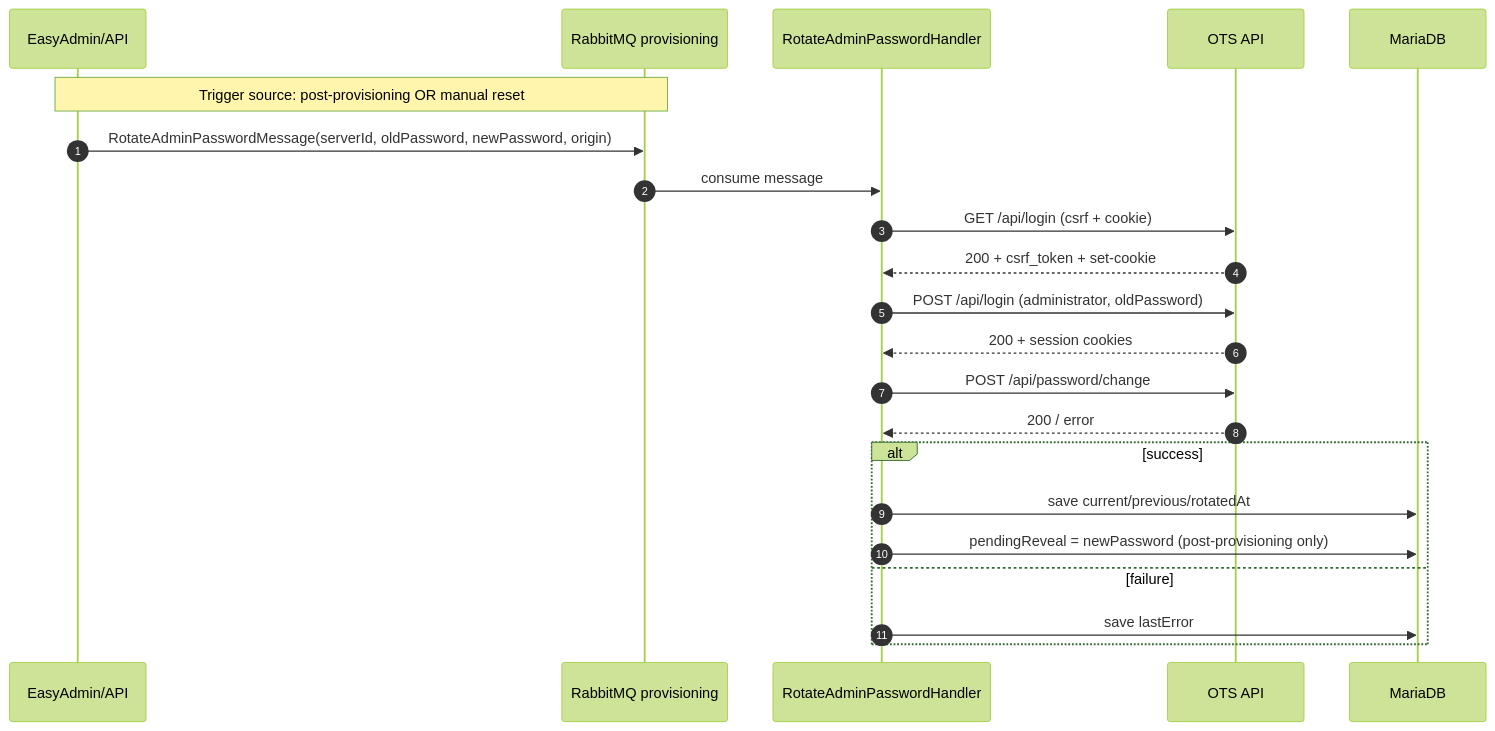
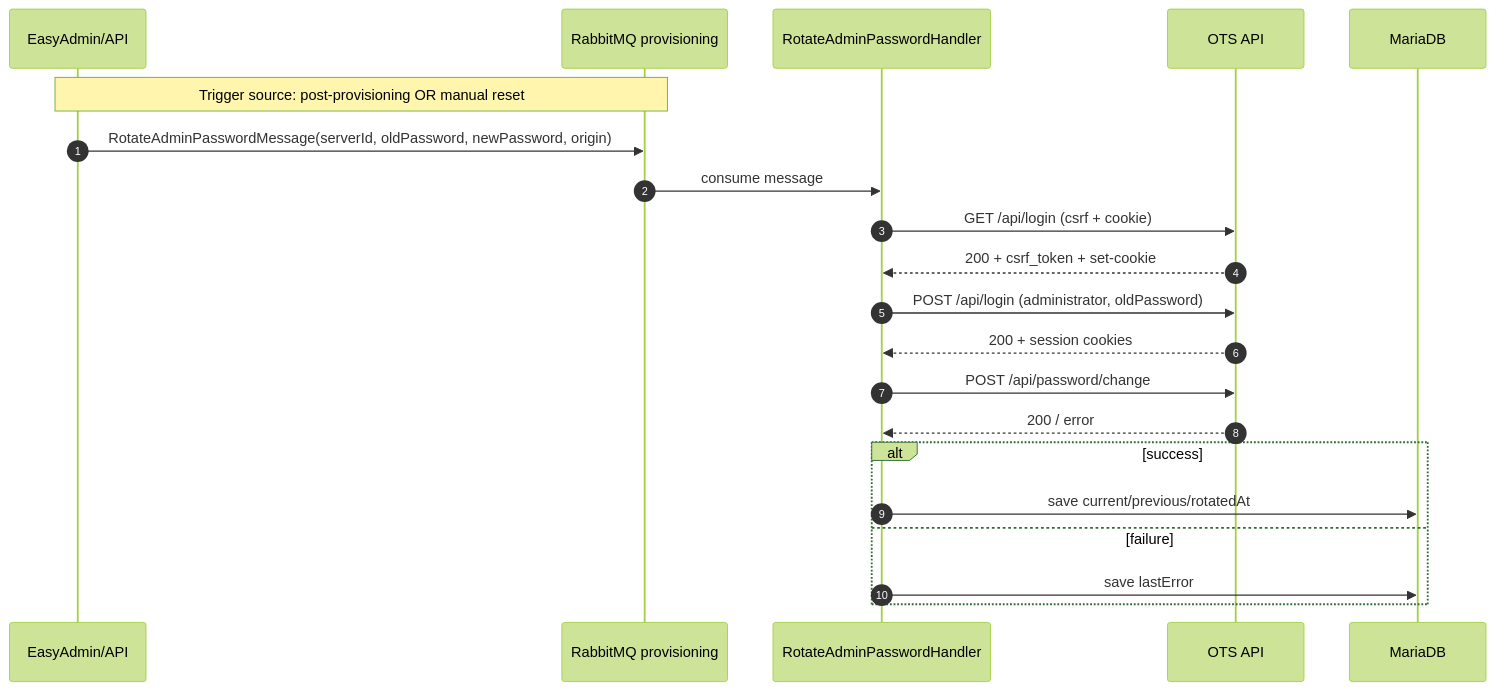
One commit to uirapuru/infratak_panel changed the diagram in docs/ai-current-state.md. Above: the diagram before and after it, drawn with Mermaid (forest theme). The commit also changed other lines of this file and 56 other files, not shown here.

````diff
--- a/docs/ai-current-state.md
+++ b/docs/ai-current-state.md
@@ -272,25 +324,24 @@
 ```mermaid
 sequenceDiagram
     autonumber
     participant EA as EasyAdmin/API
     participant MQ as RabbitMQ provisioning
     participant WH as RotateAdminPasswordHandler
     participant OTS as OTS API
     participant DB as MariaDB
 
     Note over EA,MQ: Trigger source: post-provisioning OR manual reset
     EA->>MQ: RotateAdminPasswordMessage(serverId, oldPassword, newPassword, origin)
     MQ->>WH: consume message
     WH->>OTS: GET /api/login (csrf + cookie)
     OTS-->>WH: 200 + csrf_token + set-cookie
     WH->>OTS: POST /api/login (administrator, oldPassword)
     OTS-->>WH: 200 + session cookies
     WH->>OTS: POST /api/password/change
     OTS-->>WH: 200 / error
     alt success
         WH->>DB: save current/previous/rotatedAt
-        WH->>DB: pendingReveal = newPassword (post-provisioning only)
     else failure
         WH->>DB: save lastError
     end
 ```
````
